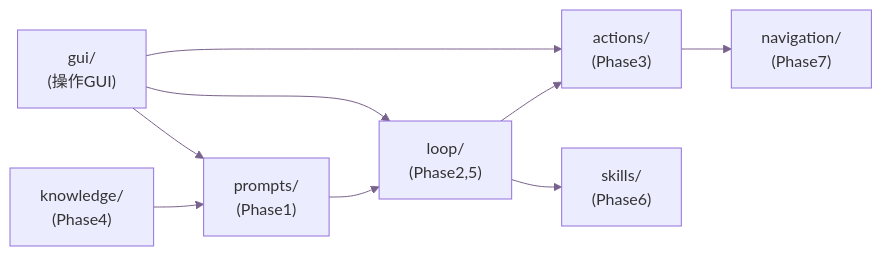
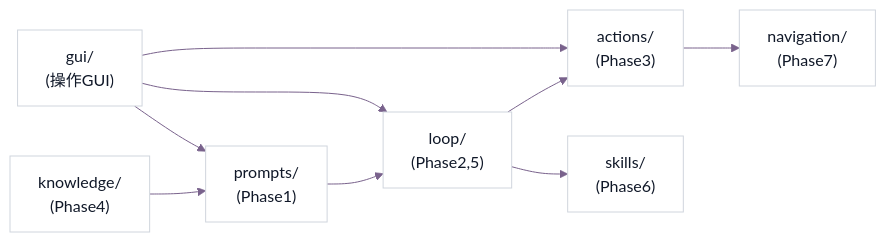
One commit to manato1201/VLMAutoReplayTool changed the second of 10 diagrams in docs/TECHNICAL_OVERVIEW.md. Above: the diagram before and after it, drawn with Mermaid. The commit also changed other lines of this file and 26 other files, not shown here.

Commit message:
docs: 講義・学習資料・構成図を追加し、README を入口に整理する(旧 README は docs/reference/ へ)

````diff
--- a/docs/TECHNICAL_OVERVIEW.md
+++ b/docs/TECHNICAL_OVERVIEW.md
@@ -76,13 +77,14 @@
 ```mermaid
+%%{init: {"theme":"base","fontFamily":"Noto Sans JP, Hiragino Sans, Meiryo, sans-serif","themeVariables":{"fontFamily":"Noto Sans JP, Hiragino Sans, Meiryo, sans-serif","primaryColor":"#ffffff","primaryBorderColor":"#d0d5dd","primaryTextColor":"#101828","lineColor":"#667085","clusterBkg":"#f2f4f7","clusterBorder":"#d0d5dd","edgeLabelBackground":"#ffffff"},"flowchart":{"wrappingWidth":480,"nodeSpacing":40,"rankSpacing":56,"padding":14},"sequence":{"mirrorActors":false,"wrap":false,"width":150,"actorMargin":30,"messageMargin":34}}}%%
 graph LR
     prompts["prompts/\n(Phase1)"] --> loop["loop/\n(Phase2,5)"]
     loop --> actions["actions/\n(Phase3)"]
     knowledge["knowledge/\n(Phase4)"] --> prompts
     loop --> skills["skills/\n(Phase6)"]
     actions --> navigation["navigation/\n(Phase7)"]
     gui["gui/\n(操作GUI)"] --> loop
     gui --> actions
     gui --> prompts
 
     linkStyle default stroke:#79628c
 ```
````
